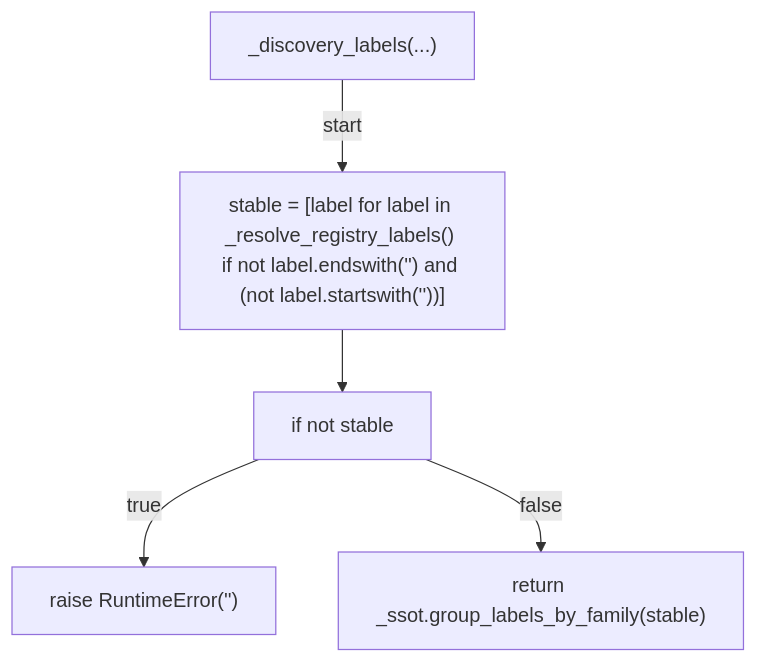
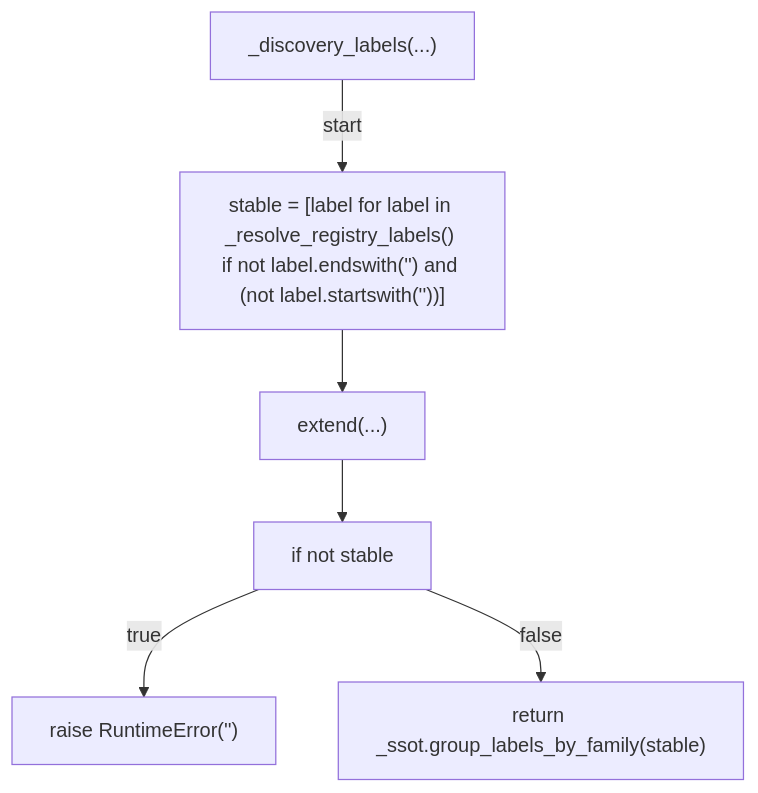
The fourth of 59 diagrams in docs/generated/scripts/ast/auto_retro.md (tvna/claude-md), drawn with Mermaid before and after one commit. The commit also changed other lines of this file and 3 other files, not shown here.

First line of the commit message:
docs(generated): regenerate decision tree and workflow diagrams

````diff
--- a/docs/generated/scripts/ast/auto_retro.md
+++ b/docs/generated/scripts/ast/auto_retro.md
@@ -39,12 +54,14 @@
 ```mermaid
 flowchart TD
     N001["_discovery_labels(...)"]
     N002["stable = [label for label in _resolve_registry_labels() if not label.endswith('<str>') and (not label.startswith('<str>'))]"]
-    N003["if not stable"]
-    N004["raise RuntimeError('<str>')"]
-    N005["return _ssot.group_labels_by_family(stable)"]
+    N003["extend(...)"]
+    N004["if not stable"]
+    N005["raise RuntimeError('<str>')"]
+    N006["return _ssot.group_labels_by_family(stable)"]
     N001 -->|"start"| N002
     N002 --> N003
-    N003 -->|"true"| N004
-    N003 -->|"false"| N005
+    N003 --> N004
+    N004 -->|"true"| N005
+    N004 -->|"false"| N006
 ```
````
